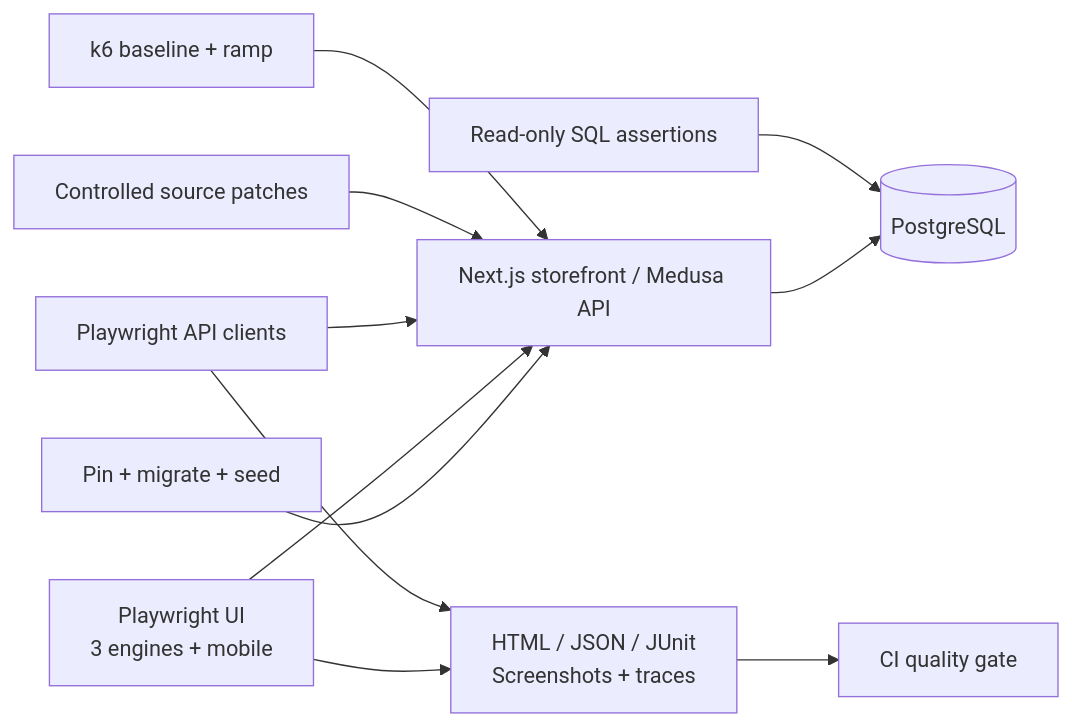
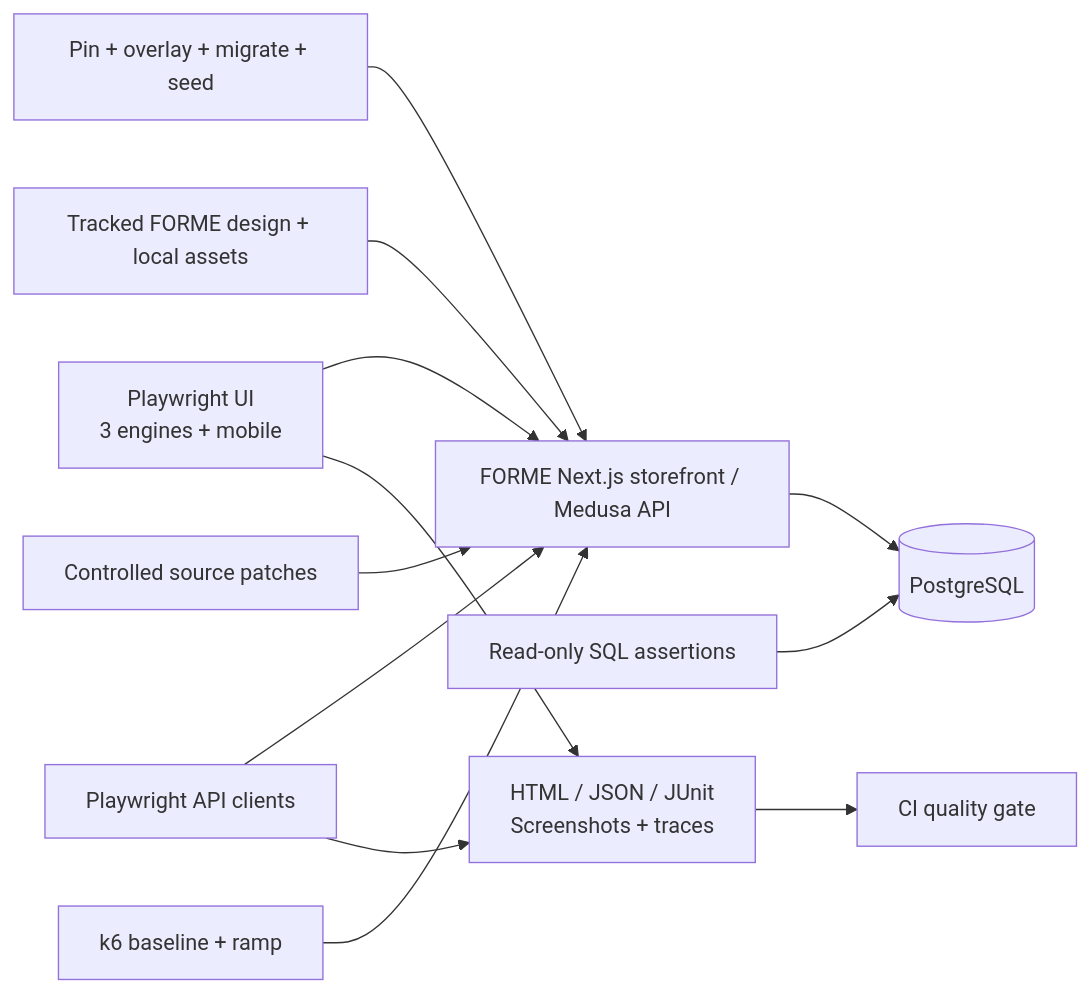
Before and after one commit to EliyahuEden/CommerceGuard: the diagram in README.md, drawn with Mermaid. The commit also changed other lines of this file and 293 other files, not shown here.

Commit message:
Build FORME storefront and verified CommerceGuard shopping quality gates

````diff
--- a/README.md
+++ b/README.md
@@ -56,13 +91,14 @@
 ```mermaid
 flowchart LR
-  Setup[Pin + migrate + seed] --> App[Next.js storefront / Medusa API]
+  Setup[Pin + overlay + migrate + seed] --> App[FORME Next.js storefront / Medusa API]
+  Design[Tracked FORME design + local assets] --> App
   UI[Playwright UI\n3 engines + mobile] --> App
   API[Playwright API clients] --> App
   App --> DB[(PostgreSQL)]
   SQL[Read-only SQL assertions] --> DB
   Defects[Controlled source patches] --> App
   Perf[k6 baseline + ramp] --> App
   UI --> Reports[HTML / JSON / JUnit\nScreenshots + traces]
   API --> Reports
   Reports --> Gate[CI quality gate]
 ```
````
